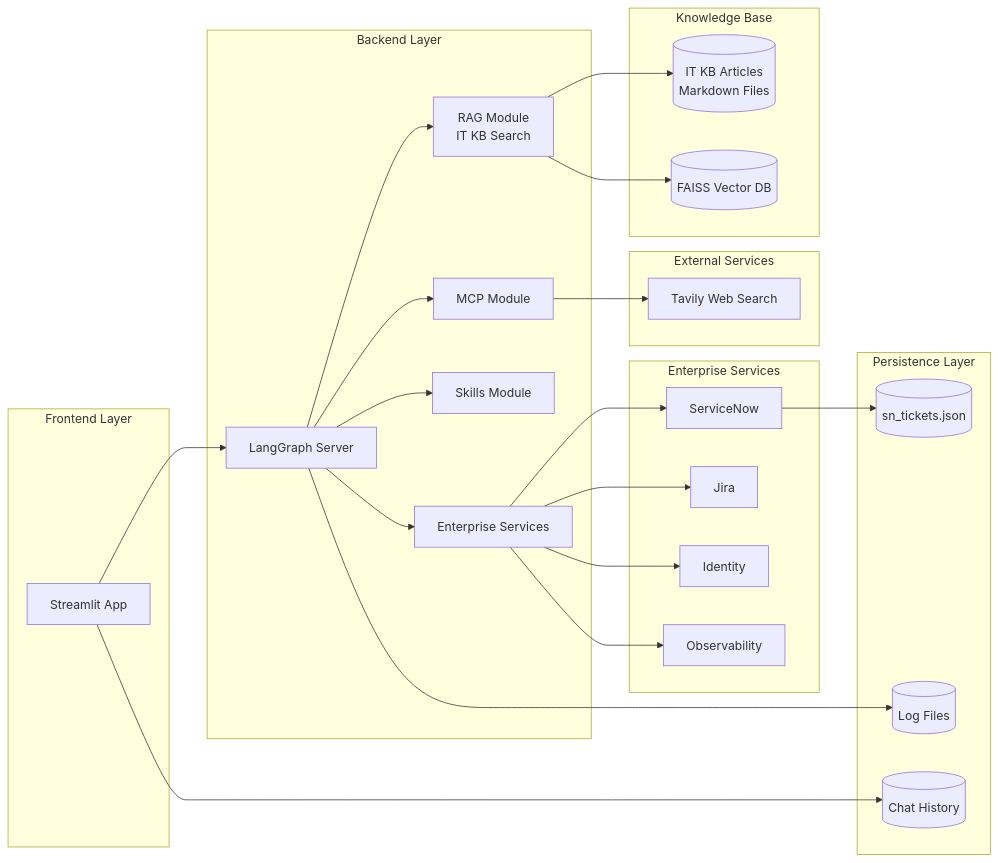
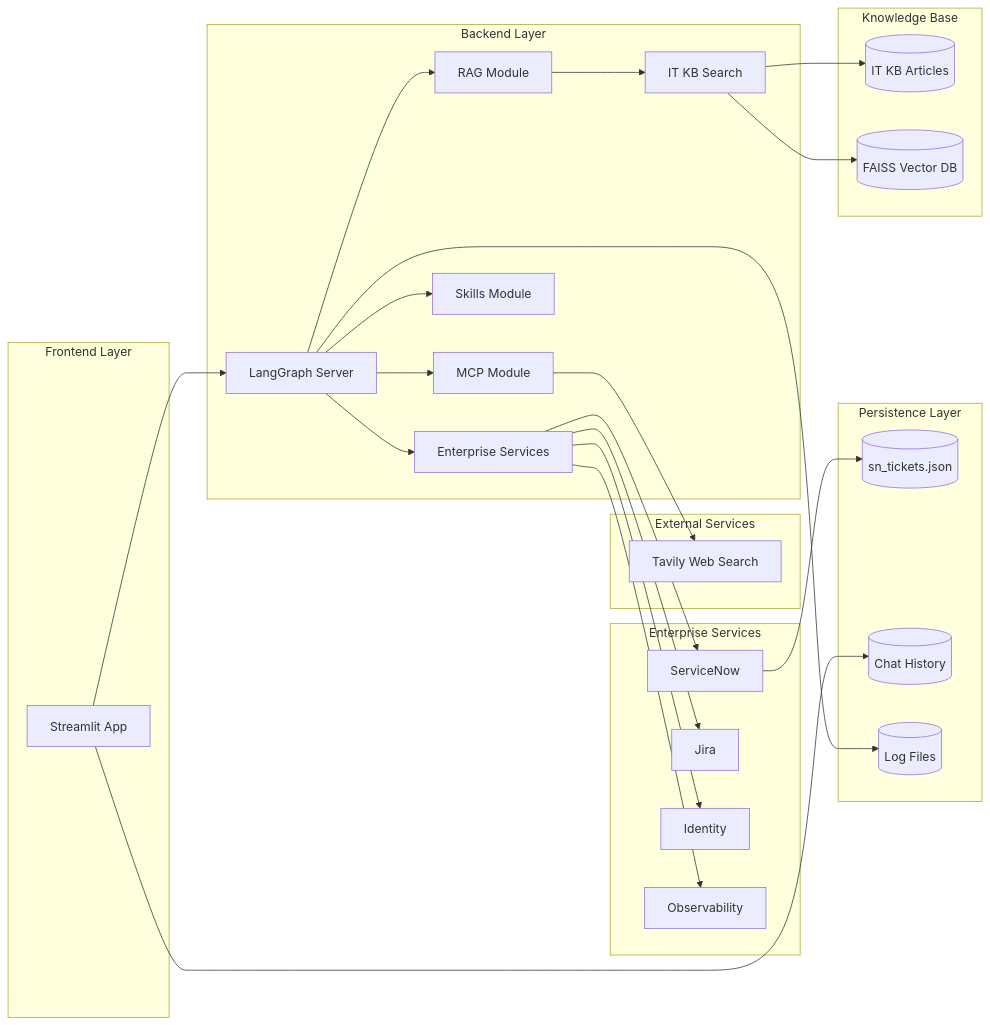
Before and after one commit to yongkui/project-aero: the diagram in PROJECT_DESCRIPTION.md, drawn with Mermaid.

Commit message:
docs: Reorder RAG workflow in architecture diagram
- Separate RAG Module and IT KB Search as sequential steps
- Flow: LangGraph Server → RAG Module → IT KB Search → Knowledge Base
- IT KB Search connects to both IT KB Articles and FAISS Vector DB

````diff
--- a/PROJECT_DESCRIPTION.md
+++ b/PROJECT_DESCRIPTION.md
@@ -26,46 +26,48 @@
 ```mermaid
 graph LR
     subgraph Frontend Layer
         A[Streamlit App]
     end
     subgraph Backend Layer
         B[LangGraph Server]
-        C[RAG Module\nIT KB Search]
-        D[MCP Module]
-        E[Skills Module]
-        F[Enterprise Services]
+        C[RAG Module]
+        D[IT KB Search]
+        E[MCP Module]
+        F[Skills Module]
+        G[Enterprise Services]
     end
     subgraph External Services
-        G[Tavily Web Search]
+        H[Tavily Web Search]
     end
     subgraph Enterprise Services
-        H[ServiceNow]
-        I[Jira]
-        J[Identity]
-        K[Observability]
+        I[ServiceNow]
+        J[Jira]
+        K[Identity]
+        L[Observability]
     end
     subgraph Knowledge Base
-        L[(IT KB Articles\nMarkdown Files)]
-        M[(FAISS Vector DB)]
+        M[(IT KB Articles)]
+        N[(FAISS Vector DB)]
     end
     subgraph Persistence Layer
-        N[(sn_tickets.json)]
-        O[(Chat History)]
-        P[(Log Files)]
+        O[(sn_tickets.json)]
+        P[(Chat History)]
+        Q[(Log Files)]
     end
     A --> B
     B --> C
-    B --> D
+    C --> D
+    D --> M
+    D --> N
     B --> E
+    E --> H
     B --> F
-    D --> G
-    F --> H
-    F --> I
-    F --> J
-    F --> K
-    C --> L
-    C --> M
-    H --> N
-    A --> O
-    B --> P
+    B --> G
+    G --> I
+    G --> J
+    G --> K
+    G --> L
+    I --> O
+    A --> P
+    B --> Q
 ```
````
